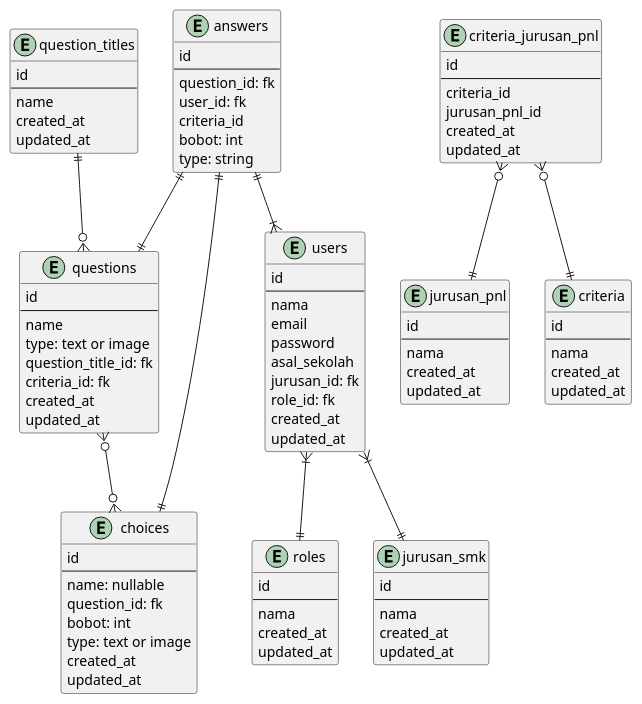
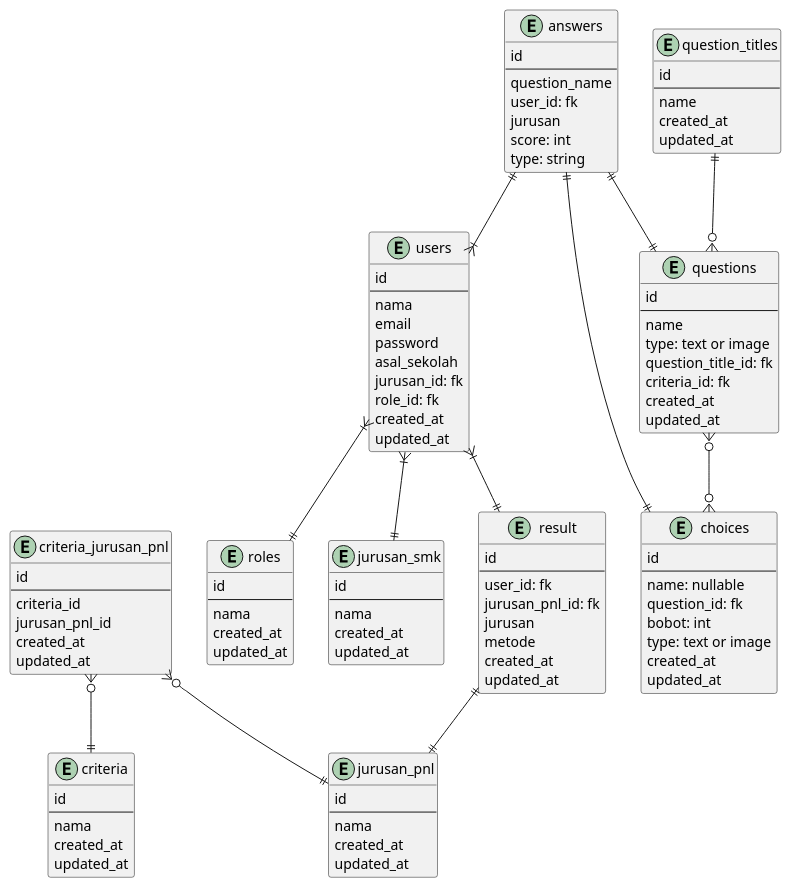
Before and after one commit to fuadvi/topsis-kopas: the diagram in erd/erd.puml, drawn with PlantUML. The commit also changed 1 other file, not shown here.

Commit message:
insert to table result

```diff
--- a/erd/erd.puml
+++ b/erd/erd.puml
@@ -1,114 +1,128 @@
 @startuml
 
 entity roles{
     id
     --
     nama
     created_at
     updated_at
 }
 
 entity jurusan_smk{
     id
     --
     nama
     created_at
     updated_at
 }
 
 
 entity users {
     id
     --
     nama
     email
     password
     asal_sekolah
     jurusan_id: fk
     role_id: fk
     created_at
     updated_at
 }
 
 entity question_titles {
     id
     --
     name
     created_at
     updated_at
 }
 
 entity questions {
     id
     --
     name
     type: text or image
     question_title_id: fk
     criteria_id: fk
     created_at
     updated_at
 }
 
 entity choices {
     id
     --
     name: nullable
     question_id: fk
     bobot: int
     type: text or image
     created_at
     updated_at
 }
 
 entity answers {
     id
     --
-    question_id: fk
+    question_name
     user_id: fk
-    criteria_id
-    bobot: int
+    jurusan
+    score: int
     type: string
 }
 
 entity jurusan_pnl
 {
     id
     --
     nama
     created_at
     updated_at
 }
 
 entity criteria
 {
     id
     --
     nama
     created_at
     updated_at
 }
 
 entity criteria_jurusan_pnl
 {
     id
     --
     criteria_id
     jurusan_pnl_id
     created_at
     updated_at
 }
 
+entity result
+{
+    id
+    --
+    user_id: fk
+    jurusan_pnl_id: fk
+    jurusan
+    metode
+    created_at
+    updated_at
+}
+
 
 users }|--||roles
+users }|--||result
+result ||--|| jurusan_pnl
 users }|--||jurusan_smk
 question_titles ||--o{ questions
 questions }o--o{ choices
 choices ||--||answers
 answers ||--|{ users
 answers ||--|| questions
 criteria_jurusan_pnl }o--|| criteria
 criteria_jurusan_pnl }o--|| jurusan_pnl
 
 
 
 @enduml
```
